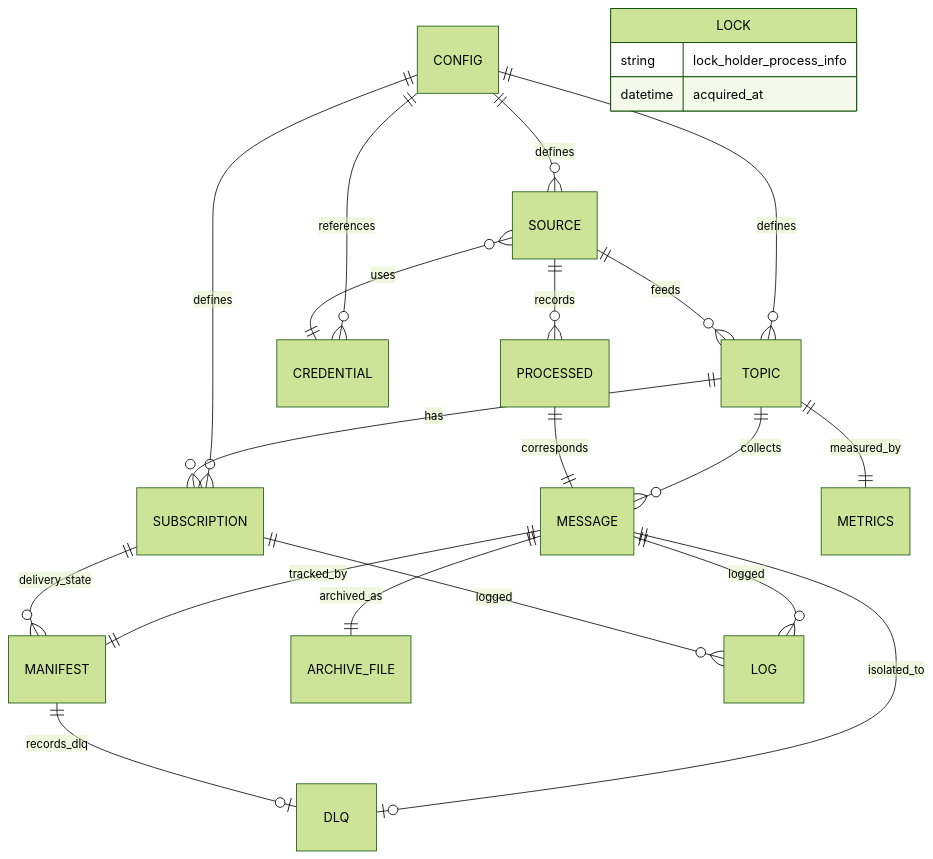
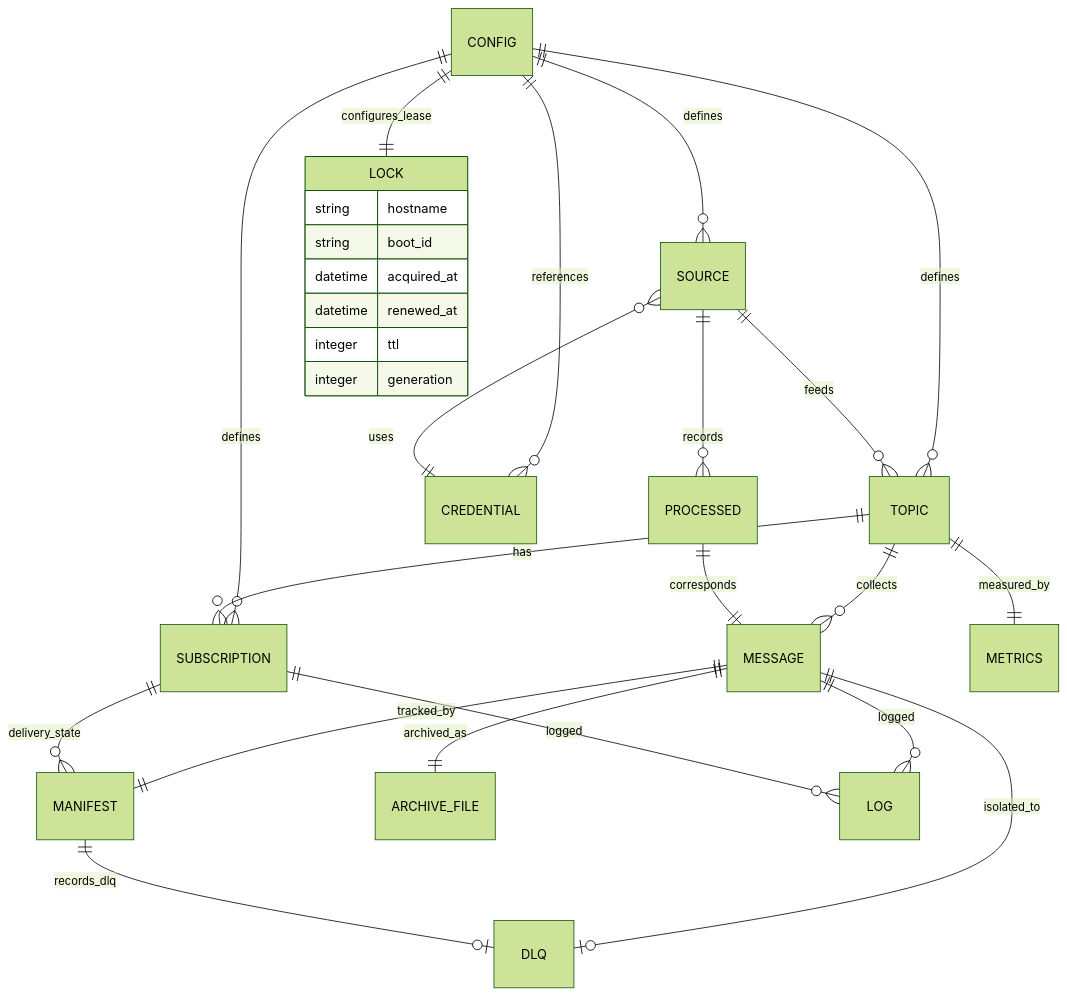
The fourth of 4 diagrams in docs/arch/latest/arch-design.md (suwa-sh/file-pubsub), drawn with Mermaid (forest theme) before and after one commit. The commit also changed other lines of this file and 98 other files, not shown here.

````diff
--- a/docs/arch/latest/arch-design.md
+++ b/docs/arch/latest/arch-design.md
@@ -243,25 +249,30 @@
 ```mermaid
 erDiagram
 CONFIG ||--o{ TOPIC : "defines"
 CONFIG ||--o{ SUBSCRIPTION : "defines"
 CONFIG ||--o{ SOURCE : "defines"
 CONFIG ||--o{ CREDENTIAL : "references"
 SOURCE ||--o{ TOPIC : "feeds"
 SOURCE }o--|| CREDENTIAL : "uses"
 SOURCE ||--o{ PROCESSED : "records"
 TOPIC ||--o{ SUBSCRIPTION : "has"
 TOPIC ||--o{ MESSAGE : "collects"
 TOPIC ||--|| METRICS : "measured_by"
 MESSAGE ||--|| MANIFEST : "tracked_by"
 MESSAGE ||--|| ARCHIVE_FILE : "archived_as"
 MESSAGE ||--o| DLQ : "isolated_to"
 MESSAGE ||--o{ LOG : "logged"
 SUBSCRIPTION ||--o{ MANIFEST : "delivery_state"
 SUBSCRIPTION ||--o{ LOG : "logged"
 MANIFEST ||--o| DLQ : "records_dlq"
 PROCESSED ||--|| MESSAGE : "corresponds"
+CONFIG ||--|| LOCK : "configures_lease"
 LOCK {
-string lock_holder_process_info
+string hostname
+string boot_id
 datetime acquired_at
+datetime renewed_at
+integer ttl
+integer generation
 }
 ```
````
